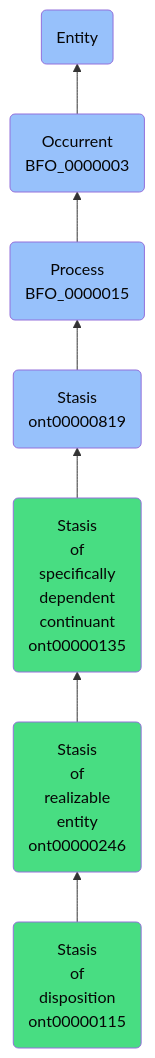
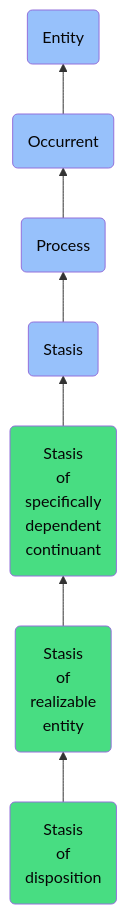
The diagram in docs/ontology/reference/model/Entity/Occurrent/Process/Stasis/Stasis of specifically dependent continuant/Stasis of realizable entity/Stasis of disposition/Stasis of disposition.md (jupyter-naas/abi), drawn with Mermaid before and after one commit. The commit also changed other lines of this file and 1430 other files, not shown here.

````diff
--- a/docs/ontology/reference/model/Entity/Occurrent/Process/Stasis/Stasis of specifically dependent continuant/Stasis of realizable entity/Stasis of disposition/Stasis of disposition.md
+++ b/docs/ontology/reference/model/Entity/Occurrent/Process/Stasis/Stasis of specifically dependent continuant/Stasis of realizable entity/Stasis of disposition/Stasis of disposition.md
@@ -24,14 +24,14 @@
 ```mermaid
 graph BT
-    ont00000115(Stasis<br>of<br>disposition<br>ont00000115):::ABI-->ont00000246
-    ont00000246(Stasis<br>of<br>realizable<br>entity<br>ont00000246):::ABI-->ont00000135
-    ont00000135(Stasis<br>of<br>specifically<br>dependent<br>continuant<br>ont00000135):::ABI-->ont00000819
-    ont00000819(Stasis<br>ont00000819):::BFO-->BFO_0000015
-    BFO_0000015(Process<br>BFO_0000015):::BFO-->BFO_0000003
-    BFO_0000003(Occurrent<br>BFO_0000003):::BFO-->BFO_0000001
+    ont00000115(Stasis<br>of<br>disposition):::ABI-->ont00000246
+    ont00000246(Stasis<br>of<br>realizable<br>entity):::ABI-->ont00000135
+    ont00000135(Stasis<br>of<br>specifically<br>dependent<br>continuant):::ABI-->ont00000819
+    ont00000819(Stasis):::BFO-->BFO_0000015
+    BFO_0000015(Process):::BFO-->BFO_0000003
+    BFO_0000003(Occurrent):::BFO-->BFO_0000001
     BFO_0000001(Entity):::BFO
     
     classDef BFO fill:#97c1fb,color:#060606
     classDef CCO fill:#e4c51e,color:#060606
     classDef ABI fill:#48DD82,color:#060606
 ```
````
